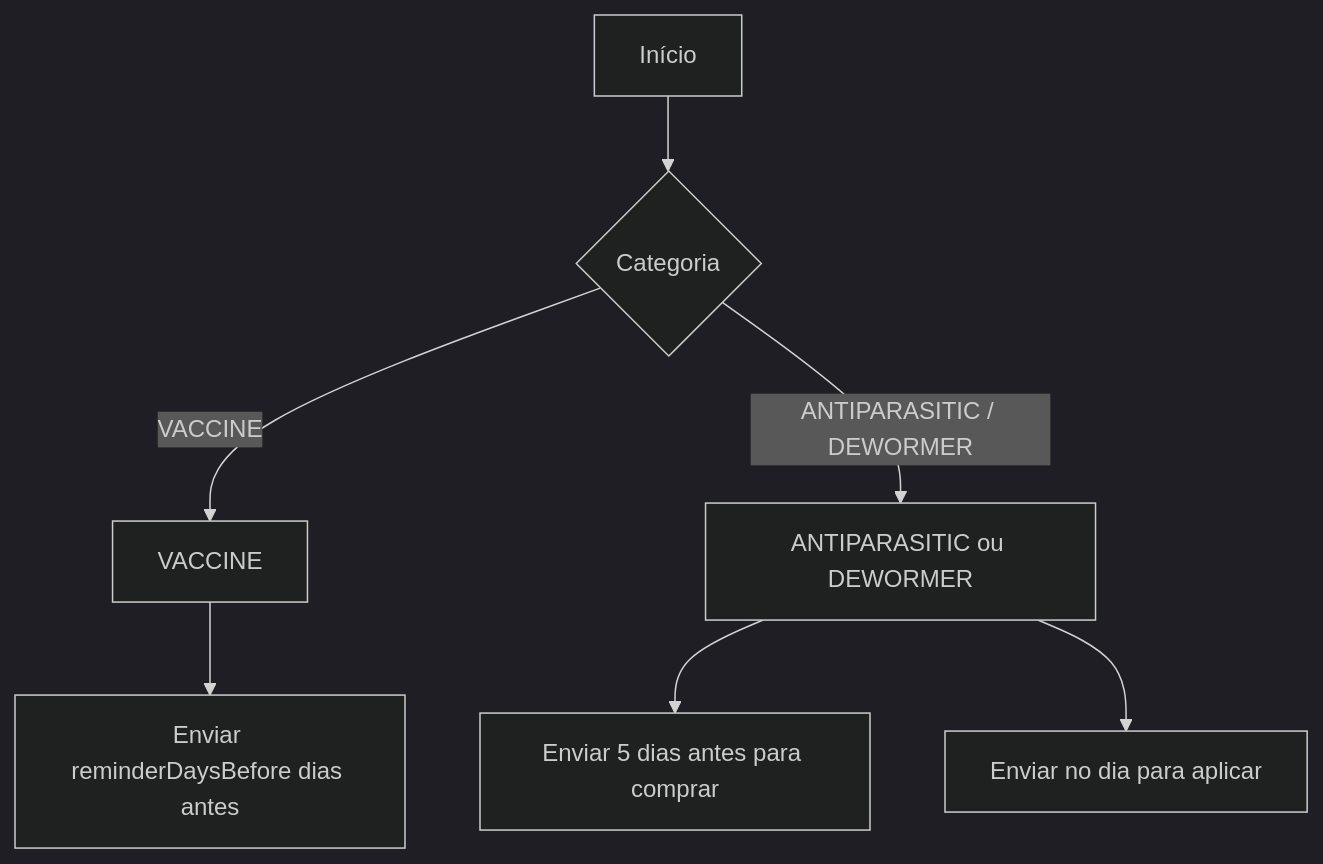
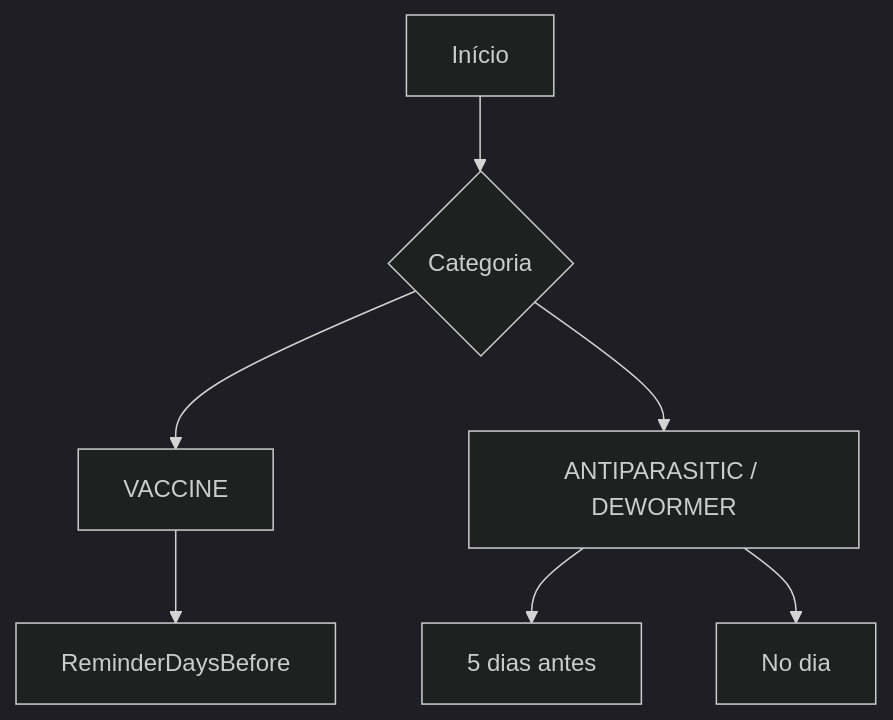
Before and after one commit to AysllaGomes/pet-health-api: the seventh of 8 diagrams in docs/diagrams.md, drawn with Mermaid (dark theme). The commit also changed other lines of this file and 4 other files, not shown here.

Commit message:
refactor(reminders): improve separation of concerns and add diagrams and architecture docs

````diff
--- a/docs/diagrams.md
+++ b/docs/diagrams.md
@@ -299,20 +167,20 @@
 ```mermaid
 flowchart TD
     Start[Início]
     Category{Categoria}
 
     Default[VACCINE]
-    Special[ANTIPARASITIC ou DEWORMER]
+    Special[ANTIPARASITIC / DEWORMER]
 
-    DefaultRule[Enviar reminderDaysBefore dias antes]
-    BuyRule[Enviar 5 dias antes para comprar]
-    ApplyRule[Enviar no dia para aplicar]
+    DefaultRule[ReminderDaysBefore]
+    BuyRule[5 dias antes]
+    ApplyRule[No dia]
 
     Start --> Category
-    Category -->|VACCINE| Default
-    Category -->|ANTIPARASITIC / DEWORMER| Special
+    Category --> Default
+    Category --> Special
 
     Default --> DefaultRule
     Special --> BuyRule
     Special --> ApplyRule
 ```
````
